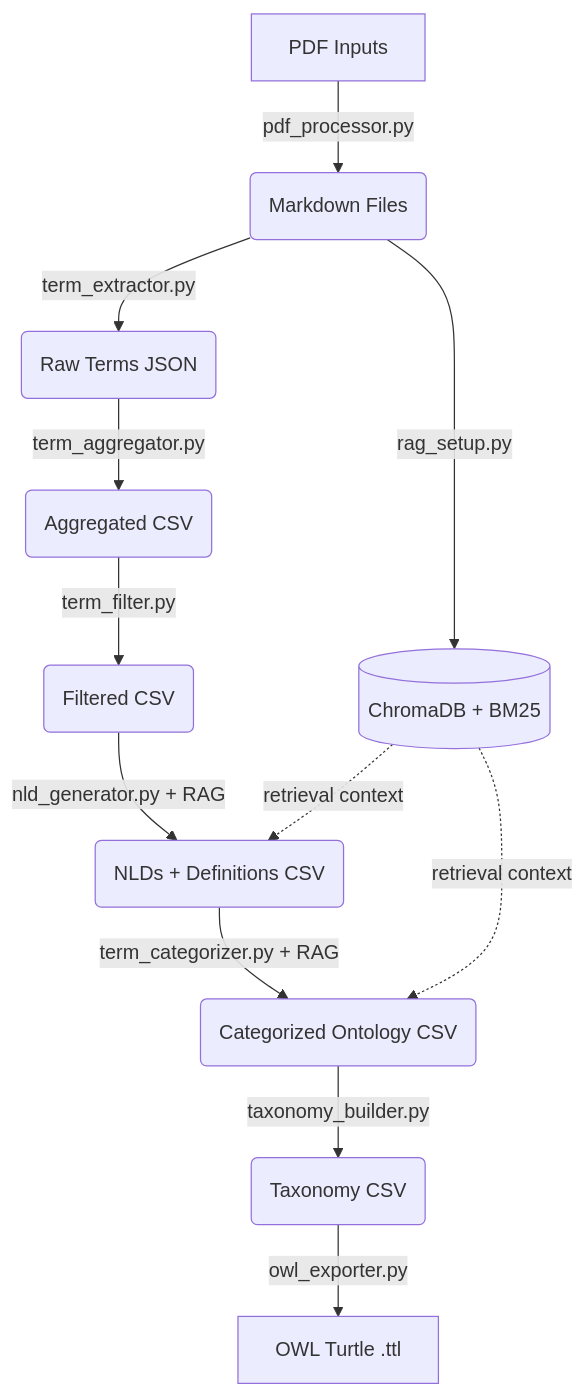
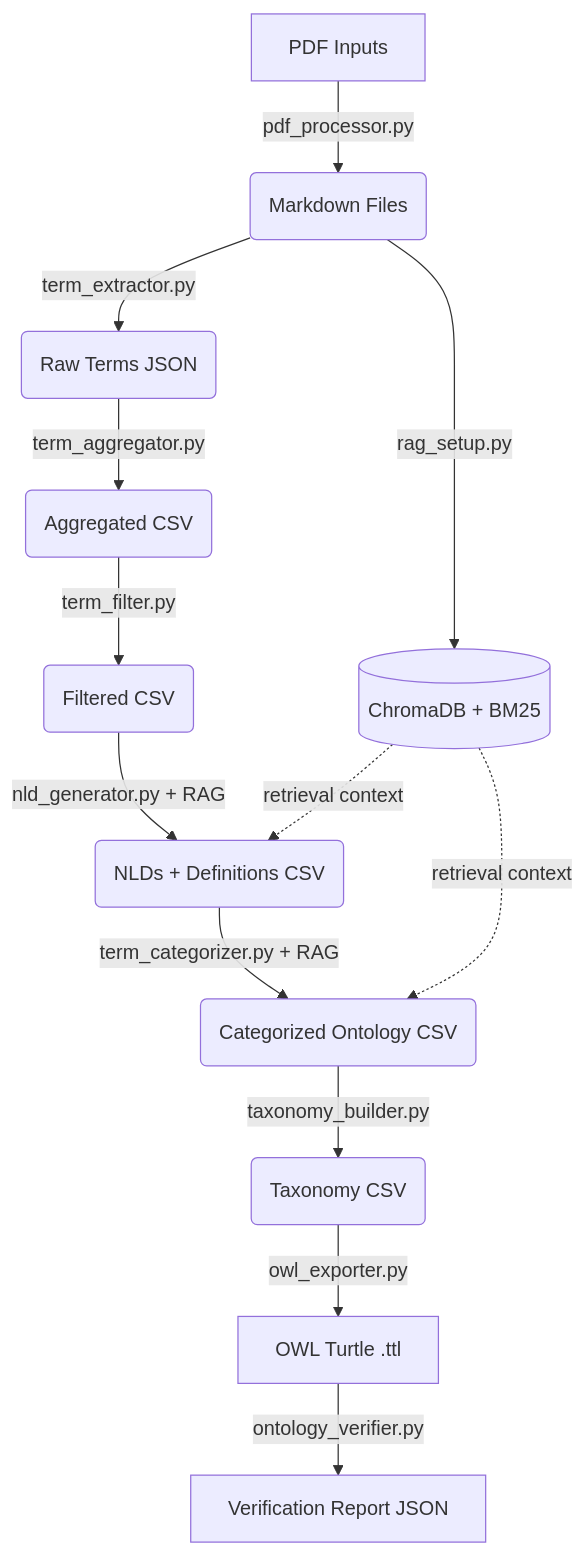
Before and after one commit to martinstroher/Pipeline_2: the diagram in docs/CONTEXT.md, drawn with Mermaid. The commit also changed other lines of this file and 22 other files, not shown here.

````diff
--- a/docs/CONTEXT.md
+++ b/docs/CONTEXT.md
@@ -8,14 +8,15 @@
 ```mermaid
 graph TD
     A[PDF Inputs] -->|pdf_processor.py| B(Markdown Files)
     B -->|rag_setup.py| C[(ChromaDB + BM25)]
     B -->|term_extractor.py| D(Raw Terms JSON)
     D -->|term_aggregator.py| E(Aggregated CSV)
     E -->|term_filter.py| F(Filtered CSV)
     F -->|nld_generator.py + RAG| G(NLDs + Definitions CSV)
     G -->|term_categorizer.py + RAG| H(Categorized Ontology CSV)
     H -->|taxonomy_builder.py| I(Taxonomy CSV)
     I -->|owl_exporter.py| J[OWL Turtle .ttl]
+    J -->|ontology_verifier.py| K[Verification Report JSON]
     C -.->|retrieval context| G
     C -.->|retrieval context| H
 ```
````
